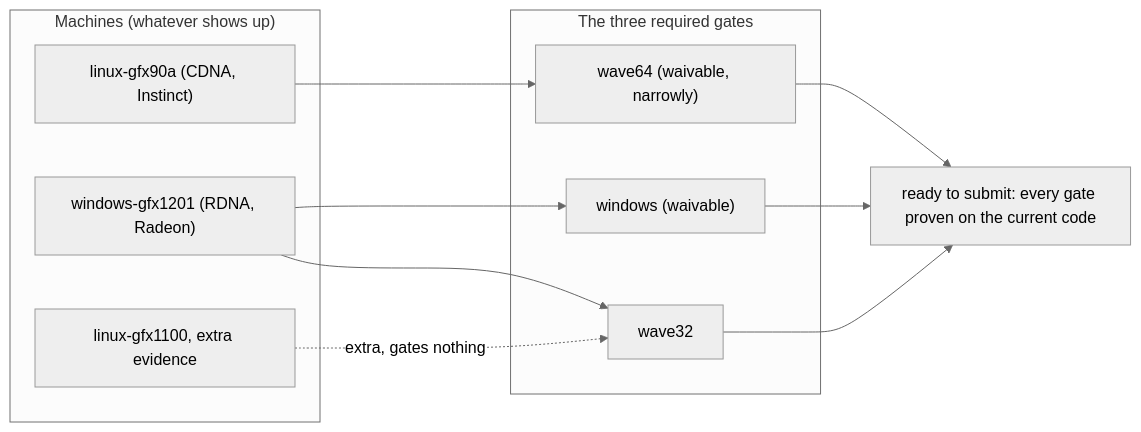
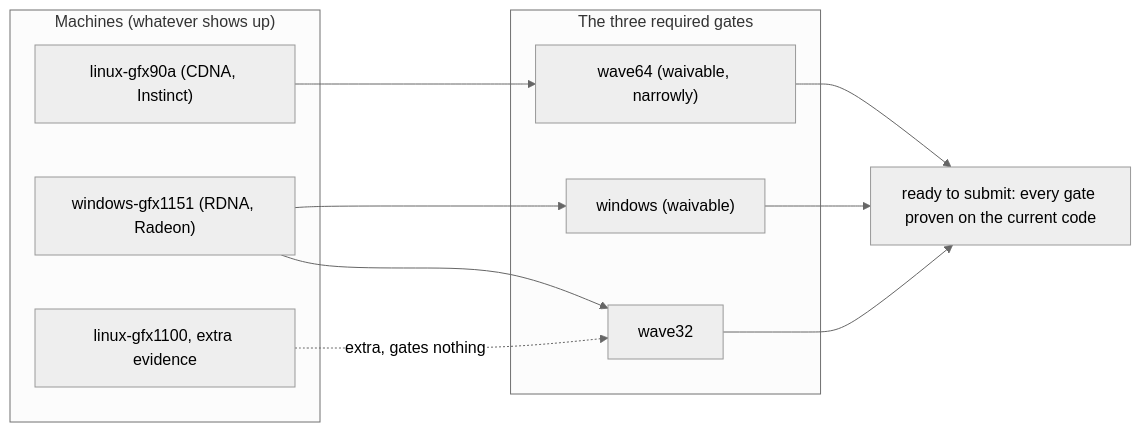
The fifth of 12 diagrams in VISUAL.md (AMD-Ecosystem/moat), drawn with Mermaid (neutral theme) before and after one commit. The commit also changed other lines of this file, not shown here.

First line of the commit message:
docs: VISUAL state diagram shows every legal stage transition

````diff
--- a/VISUAL.md
+++ b/VISUAL.md
@@ -166,20 +189,20 @@
 ```mermaid
 flowchart LR
     subgraph hosts["Machines (whatever shows up)"]
         h1["linux-gfx90a (CDNA, Instinct)"]
-        h2["windows-gfx1201 (RDNA, Radeon)"]
+        h2["windows-gfx1151 (RDNA, Radeon)"]
         h3["linux-gfx1100, extra evidence"]
     end
     subgraph gates["The three required gates"]
         g64["wave64 (waivable, narrowly)"]
         g32["wave32"]
         gwin["windows (waivable)"]
     end
     h1 --> g64
     h2 --> g32
     h2 --> gwin
     h3 -. "extra, gates nothing" .-> g32
     g64 --> pr["ready to submit: every gate proven on the current code"]
     g32 --> pr
     gwin --> pr
 ```
````
